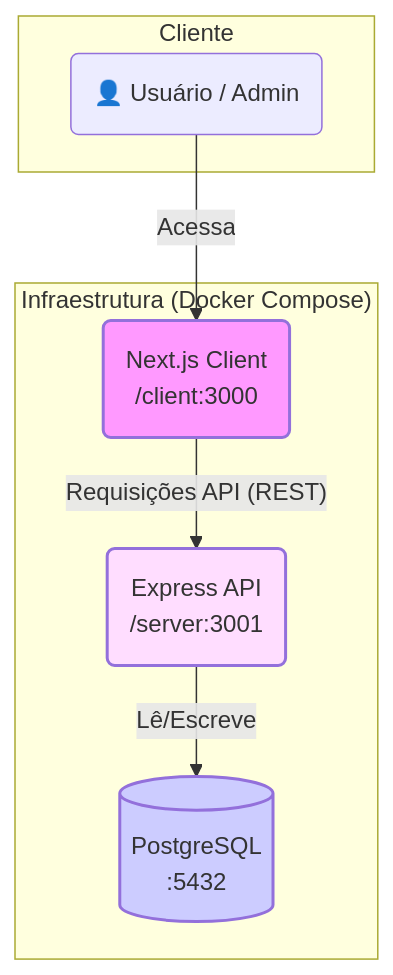
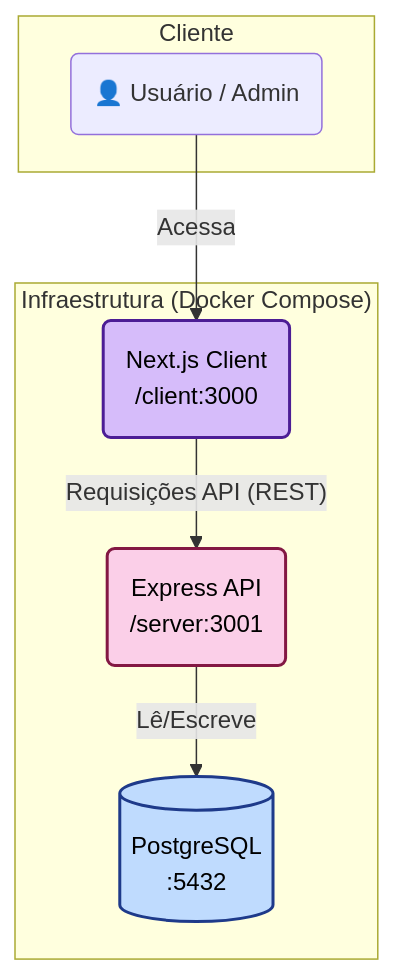
Before and after one commit to cadusousa-97/ag-teste-tecnico: the diagram in ARQUITETURA.md, drawn with Mermaid. The commit also changed other lines of this file, not shown here.

Commit message:
docs: Ajustando cores das fontes do diagrama para se tornarem legíveis

````diff
--- a/ARQUITETURA.md
+++ b/ARQUITETURA.md
@@ -4,20 +4,20 @@
 ```mermaid
 flowchart TD
     subgraph "Cliente"
         User(👤 Usuário / Admin)
     end
 
     subgraph "Infraestrutura (Docker Compose)"
         Client(Next.js Client<br>/client:3000)
         Server(Express API<br>/server:3001)
         DB[(PostgreSQL<br>:5432)]
     end
 
     User -- Acessa --> Client
     Client -- Requisições API (REST) --> Server
     Server -- Lê/Escreve --> DB
 
-    style Client fill:#f9f,stroke:#fffff,stroke-width:2px
-    style Server fill:#fdf,stroke:#fffff,stroke-width:2px
-    style DB fill:#ccf,stroke:#fffff,stroke-width:2px
+     style Client fill:#d6bcfa,stroke:#4c1d95,stroke-width:2px,color:#000
+    style Server fill:#fbcfe8,stroke:#831843,stroke-width:2px,color:#000
+    style DB fill:#bfdbfe,stroke:#1e3a8a,stroke-width:2px,color:#000
 ```
````
